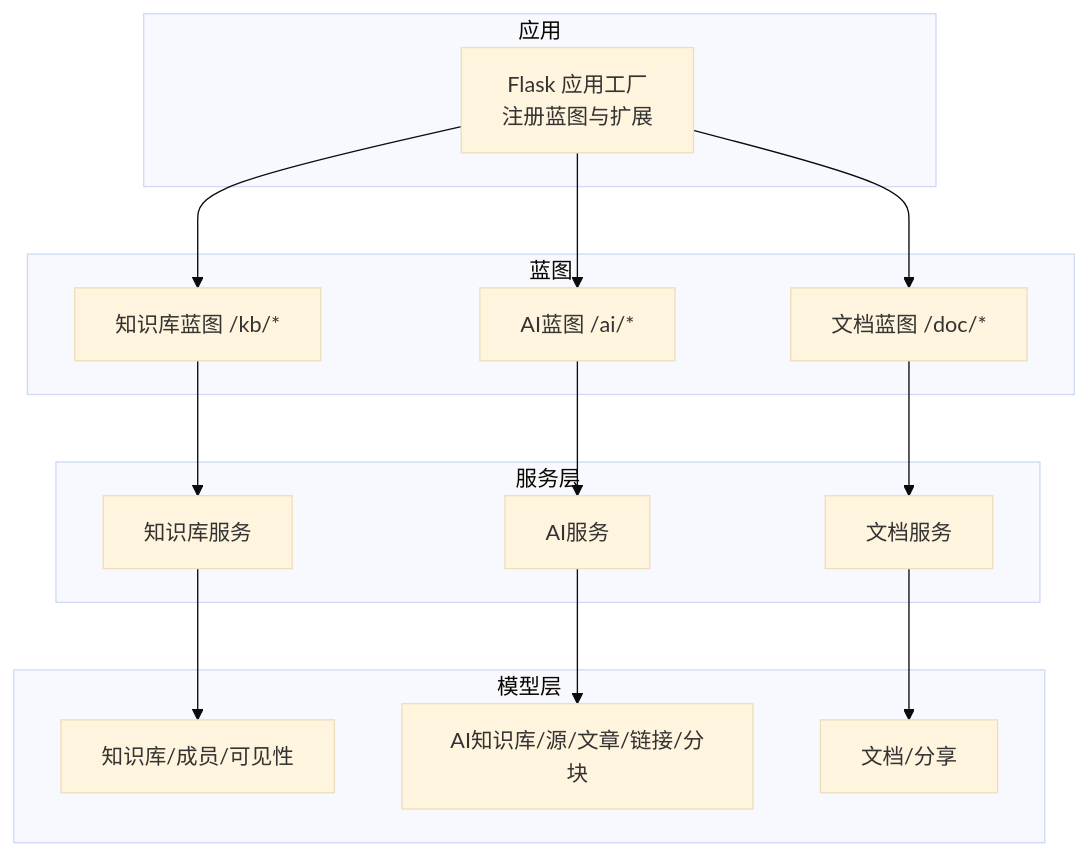
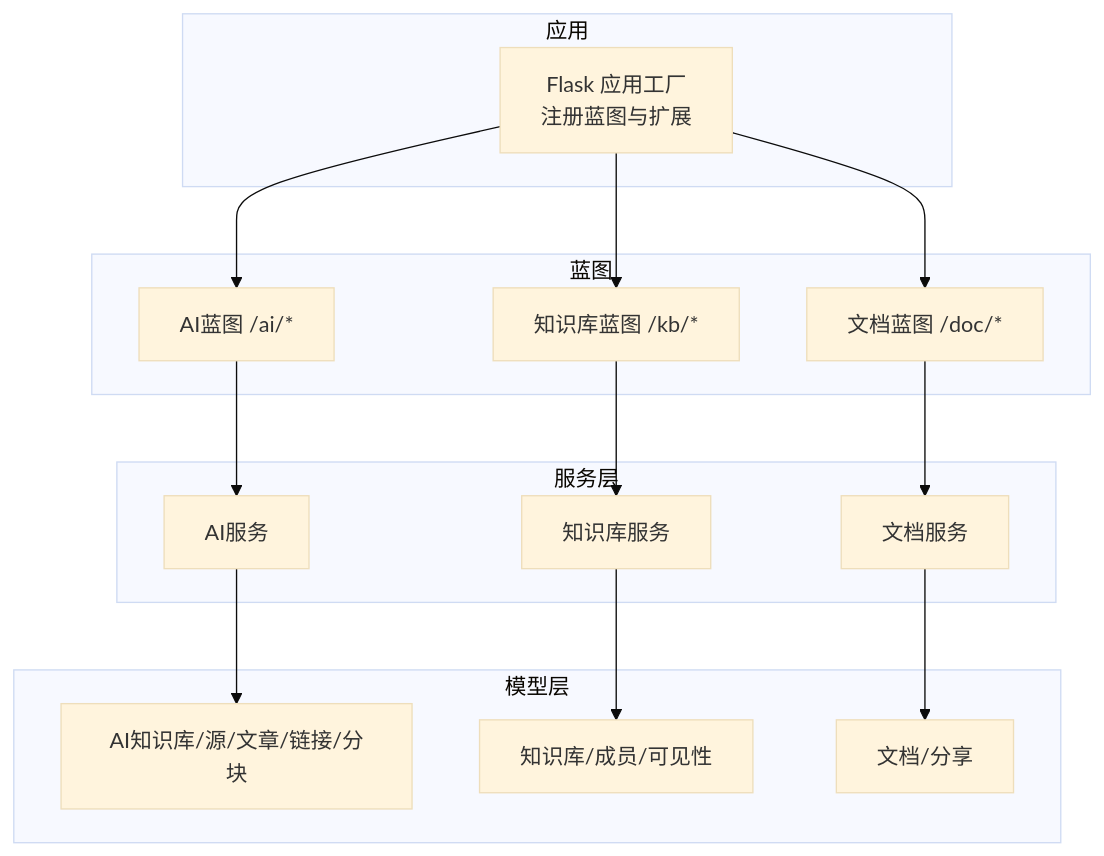
Before and after one commit to beyondalbert/my_wiki: the first of 5 diagrams in .qoder/repowiki/zh/content/核心模块/AI知识库模块/AI知识库蓝图路由.md, drawn with Mermaid (base theme). The commit also changed other lines of this file and 10 other files, not shown here.

````diff
--- a/.qoder/repowiki/zh/content/核心模块/AI知识库模块/AI知识库蓝图路由.md
+++ b/.qoder/repowiki/zh/content/核心模块/AI知识库模块/AI知识库蓝图路由.md
@@ -52,30 +64,30 @@
 ```mermaid
 graph TB
 subgraph "应用"
 APP["Flask 应用工厂<br/>注册蓝图与扩展"]
 end
 subgraph "蓝图"
+AI["AI蓝图 /ai/*"]
 KB["知识库蓝图 /kb/*"]
 DOC["文档蓝图 /doc/*"]
-AI["AI蓝图 /ai/*"]
 end
 subgraph "服务层"
+AIS["AI服务"]
 KBS["知识库服务"]
 DOCS["文档服务"]
-AIS["AI服务"]
 end
 subgraph "模型层"
+AIM["AI知识库/源/文章/链接/分块"]
 KBM["知识库/成员/可见性"]
-AIM["AI知识库/源/文章/链接/分块"]
 DOCM["文档/分享"]
 end
+APP --> AI
 APP --> KB
 APP --> DOC
-APP --> AI
+AI --> AIS
 KB --> KBS
 DOC --> DOCS
-AI --> AIS
+AIS --> AIM
 KBS --> KBM
 DOCS --> DOCM
-AIS --> AIM
 ```
````
